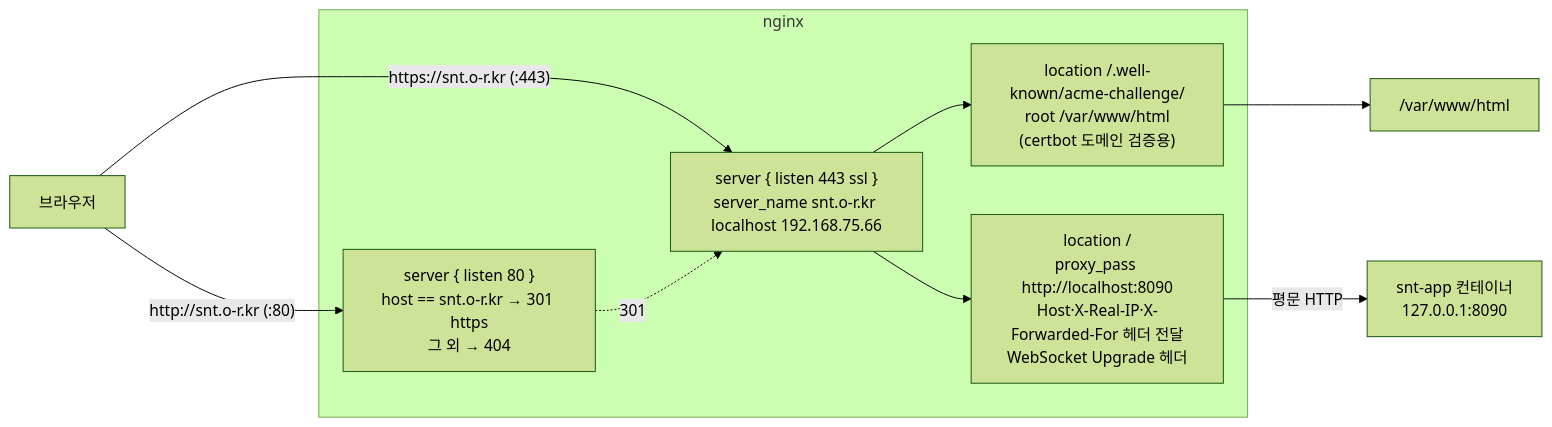
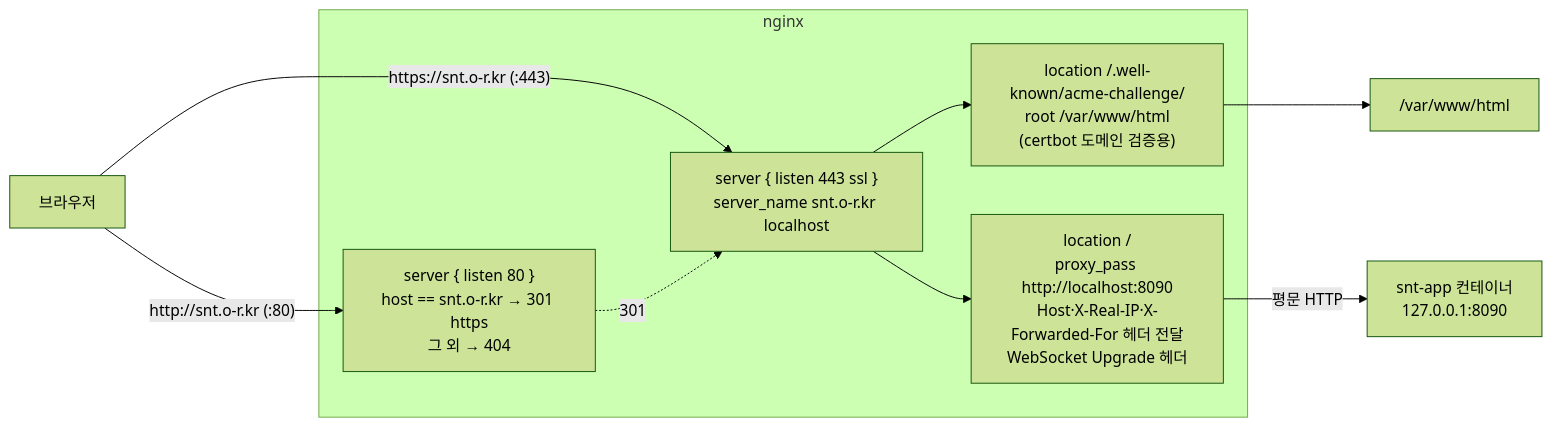
The second of 3 diagrams in source/projects/tennis-record-k/architecture/nginx-architecture.md (Highjune/highjune-archiving), drawn with Mermaid (forest theme) before and after one commit. The commit also changed other lines of this file and 3 other files, not shown here.

Commit message:
docs: 3306 로컬 바인딩·nginx server_name 정리·sudo NOPASSWD 완료 반영

````diff
--- a/source/projects/tennis-record-k/architecture/nginx-architecture.md
+++ b/source/projects/tennis-record-k/architecture/nginx-architecture.md
@@ -36,18 +36,18 @@
 ```mermaid
 flowchart LR
     B["브라우저"] -->|"http://snt.o-r.kr (:80)"| S80
     B -->|"https://snt.o-r.kr (:443)"| S443
 
     subgraph NGINX["nginx"]
         S80["server { listen 80 }<br/>host == snt.o-r.kr → 301 https<br/>그 외 → 404"]
-        S443["server { listen 443 ssl }<br/>server_name snt.o-r.kr localhost 192.168.75.66"]
+        S443["server { listen 443 ssl }<br/>server_name snt.o-r.kr localhost"]
         ACME["location /.well-known/acme-challenge/<br/>root /var/www/html<br/>(certbot 도메인 검증용)"]
         ROOT["location /<br/>proxy_pass http://localhost:8090<br/>Host·X-Real-IP·X-Forwarded-For 헤더 전달<br/>WebSocket Upgrade 헤더"]
         S443 --> ACME
         S443 --> ROOT
     end
 
     S80 -.->|301| S443
     ROOT -->|"평문 HTTP"| APP["snt-app 컨테이너<br/>127.0.0.1:8090"]
     ACME --> WWW["/var/www/html"]
 ```
````
